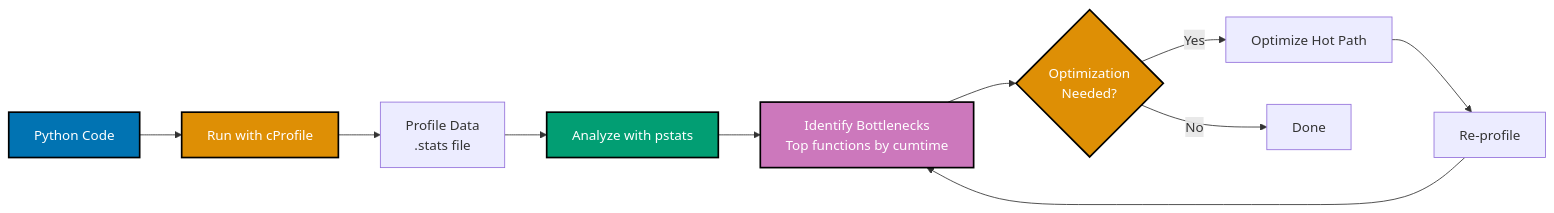
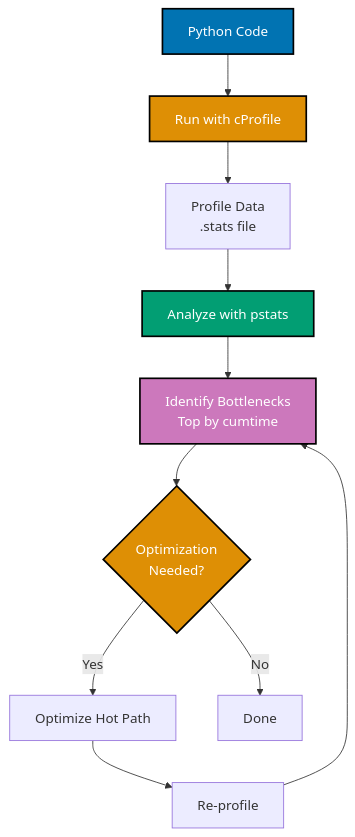
Before and after one commit to wahidyankf/open-sharia-enterprise: the first of 4 diagrams in docs/explanation/software-engineering/programming-languages/python/performance.md, drawn with Mermaid. The commit also changed 12 other files, not shown here.

First line of the commit message:
fix(docs): fix mermaid violations in python docs

````diff
--- a/docs/explanation/software-engineering/programming-languages/python/performance.md
+++ b/docs/explanation/software-engineering/programming-languages/python/performance.md
@@ -95,22 +95,22 @@
 ```mermaid
 %% Color Palette: Blue #0173B2, Orange #DE8F05, Teal #029E73, Purple #CC78BC
-graph LR
+graph TD
   A[Python Code] --> B[Run with cProfile]
   B --> C[Profile Data<br/>.stats file]
   C --> D[Analyze with pstats]
 
-  D --> E[Identify Bottlenecks<br/>Top functions by cumtime]
+  D --> E[Identify Bottlenecks<br/>Top by cumtime]
   E --> F{Optimization<br/>Needed?}
 
   F -->|Yes| G[Optimize Hot Path]
   F -->|No| H[Done]
 
   G --> I[Re-profile]
   I --> E
 
   style A fill:#0173B2,stroke:#000,color:#fff,stroke-width:2px
   style B fill:#DE8F05,stroke:#000,color:#fff,stroke-width:2px
   style D fill:#029E73,stroke:#000,color:#fff,stroke-width:2px
   style E fill:#CC78BC,stroke:#000,color:#fff,stroke-width:2px
   style F fill:#DE8F05,stroke:#000,color:#fff,stroke-width:2px
 ```
````
